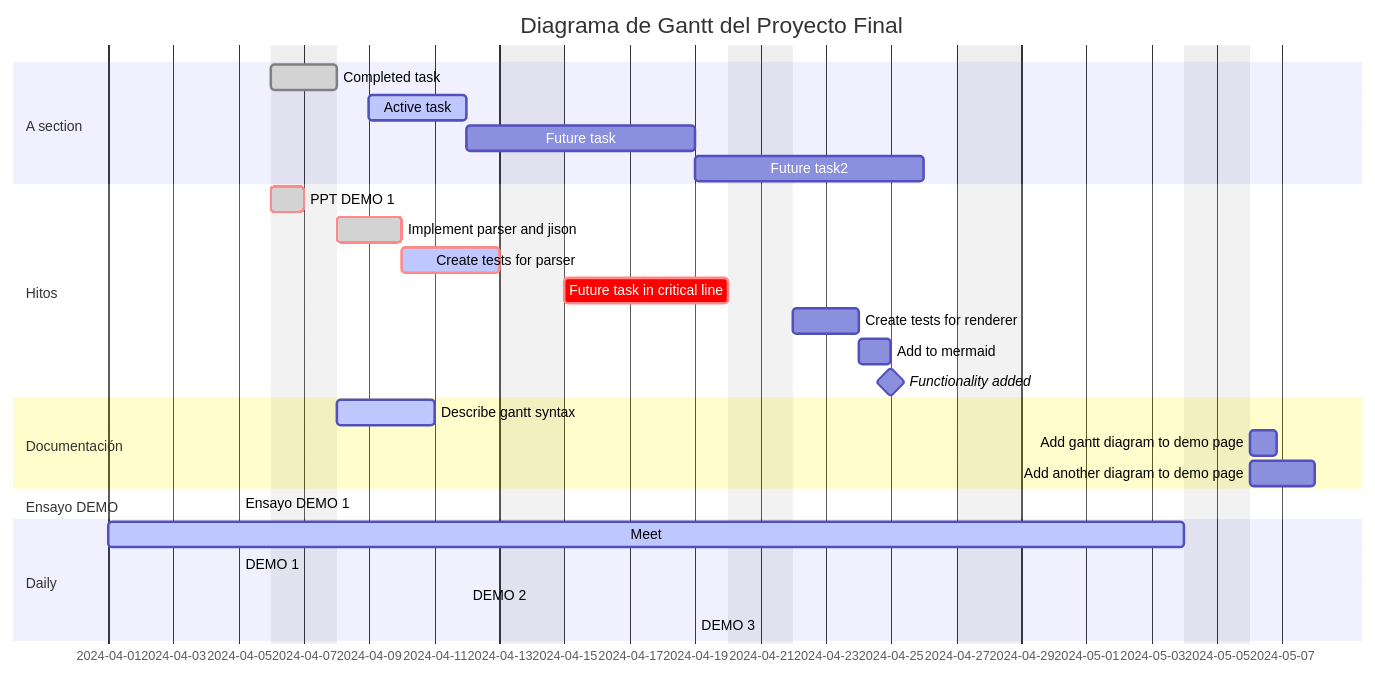
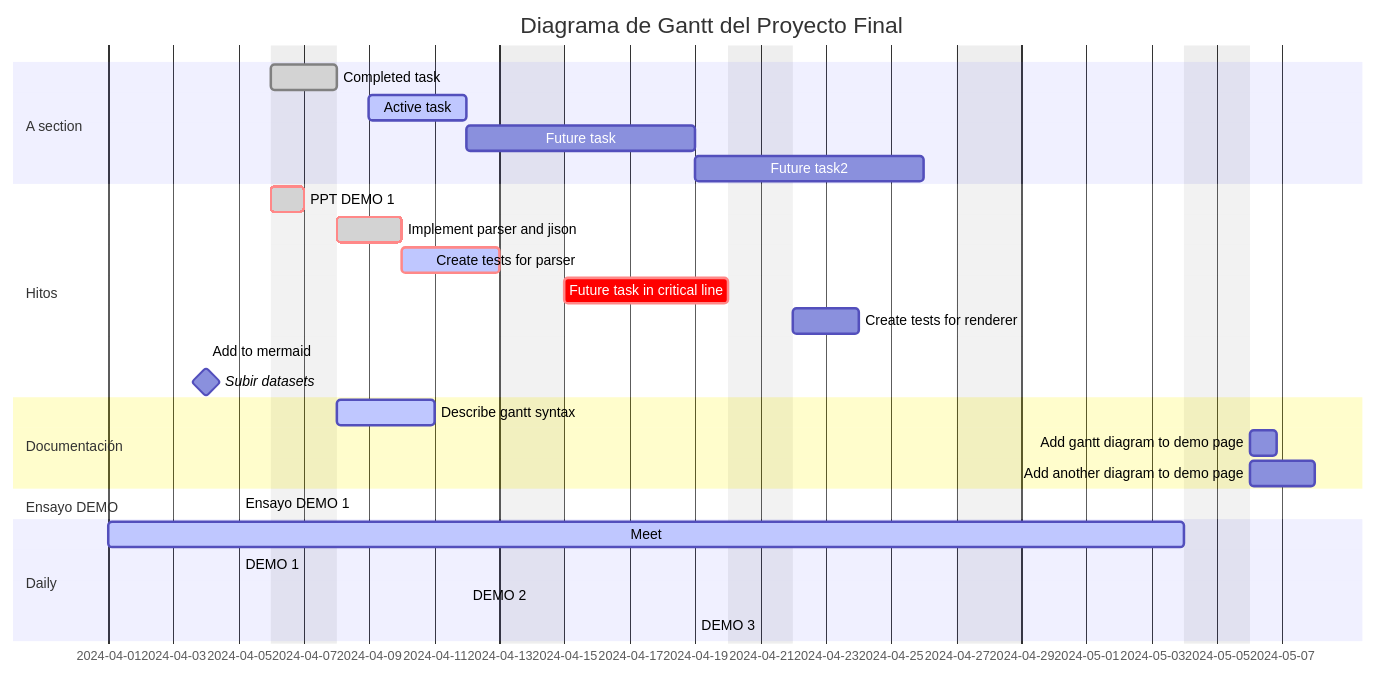
Before and after one commit to marceloyuba/SDT: the diagram in README.md, drawn with Mermaid.

````diff
--- a/README.md
+++ b/README.md
@@ -7,37 +7,37 @@
 ```mermaid
 gantt
     dateFormat  YYYY-MM-DD
     title       Diagrama de Gantt del Proyecto Final
     excludes    weekends
     %% (`excludes` accepts specific dates in YYYY-MM-DD format, days of the week ("sunday") or "weekends", but not the word "weekdays".)
 
     section A section
     Completed task            :done,    des1, 2024-04-06,2024-04-08
     Active task               :active,  des2, 2024-04-09, 3d
     Future task               :         des3, after des2, 5d
     Future task2              :         des4, after des3, 5d
 
     section Hitos
     PPT DEMO 1                          :crit, done, 2024-04-06,24h
     Implement parser and jison          :crit, done, after des1, 2d
     Create tests for parser             :crit, active, 3d
     Future task in critical line        :crit, 5d
     Create tests for renderer           :2d
     Add to mermaid                      :until isadded
-    Functionality added                 :milestone, isadded, 2024-04-25, 0d
+    Subir datasets                      :milestone, isadded, 2024-04-04, 0d
 
     section Documentación
     Describe gantt syntax               :active, a1, after des1, 3d
     Add gantt diagram to demo page      :after a1  , 20h
     Add another diagram to demo page    :doc1, after a1  , 48h
 
     section Ensayo DEMO
     Ensayo DEMO 1                       :2024-04-05, 0d
 
     section Daily
     Meet               :active, a1, 2024-04-01, 25d
     DEMO 1                             :after Meet, 2024-04-05, 0d
     DEMO 2                             :after Meet, 2024-04-12, 0d
     DEMO 3                             :after DEMO 2, 2024-04-19, 0d
 
 ```
````
